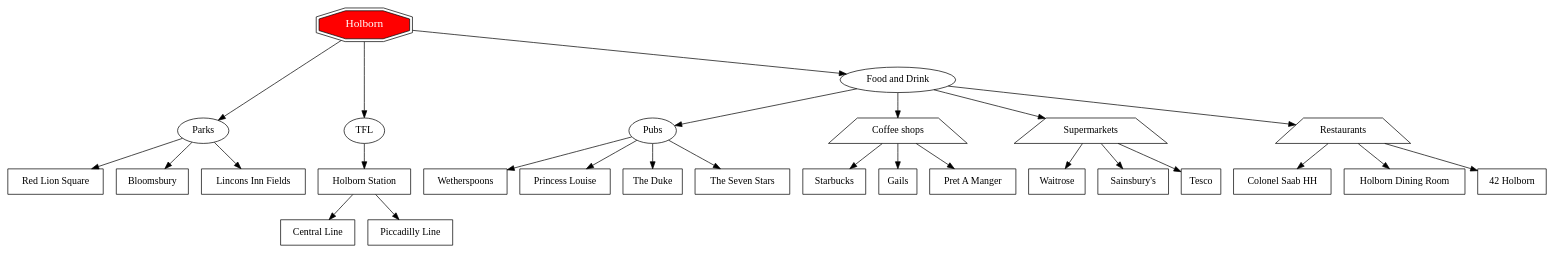
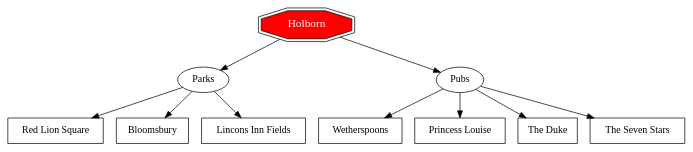
Before and after one commit to Theo1234-5/Taj-InternetFutures: the diagram in webproject/zHolborn.dot, drawn with Graphviz. The commit also changed other lines of this file and 9 other files, not shown here.

```diff
--- a/webproject/zHolborn.dot
+++ b/webproject/zHolborn.dot
@@ -1,75 +1,38 @@
 digraph Places {
 // STEP 1: Set direction
 rankdir=TB;
 // STEP 2: Force main place to top
 { rank=source; "Main Place Name"; }
 // STEP 3: Define the main place
 "Main Place Name" [
 label="Holborn"
 shape=doubleoctagon
 style=filled
 fillcolor="#ff0000"
 fontcolor="#FFFFFF"
 fontsize=16
 ]
 // STEP 4: Define categories (same level)
-{ rank=same; Parks; Pubs; TFL;}
-Parks[label="Parks", shape=oval]
-Pubs [label="Pubs", shape=oval]
-TFL [label="TFL", shape=oval]
+{ rank=same; Category1; Category2; }
+Category1 [label="Parks", shape=oval]
+Category2 [label="Pubs", shape=oval]
 
 // STEP 5: Define specific places (they auto-arrange below)
-{ rank=same; Category1; Category2; Category3; }
-Category1 [label="Coffee shops", shape=trapezium]
-
-Category2 [label="Supermarkets", shape=trapezium]
-Category3 [label="Restaurants", shape=trapezium]
-// STEP 5: Define specific places (they auto-arrange below)
-Starbucks [label="Starbucks", shape=rectangle]
-Gails [label="Gails", shape=rectangle]
-PretAManger [label="Pret A Manger", shape=rectangle]
-Waitrose [label="Waitrose", shape=rectangle]
-Sainsburys [label="Sainsbury's", shape=rectangle]
-Tesco [label="Tesco", shape=rectangle]
-ColonelSaabHH [label="Colonel Saab HH", shape=rectangle]
-HolbornDiningRoom [label="Holborn Dining Room", shape=rectangle]
-FTHolborn [label="42 Holborn", shape=rectangle]
-RedLionSquare[label="Red Lion Square", shape=rectangle]
-Wetherspons[label="Wetherspoons", shape=rectangle]
-Bloomsbury[label="Bloomsbury", shape=rectangle]
-LinconsInnFields[label="Lincons Inn Fields", shape=rectangle]
-PrincessLouise[label="Princess Louise", shape=rectangle]
-TheDuke[label="The Duke", shape=rectangle]
-TheSevenStars[label="The Seven Stars", shape=rectangle]
-HolbornStation[label="Holborn Station", shape=rectangle]
-CentralLine[label="Central Line", shape=rectangle]
-PiccadillyLine[label="Piccadilly Line", shape=rectangle]
-
+Place1 [label="Red Lion Square", shape=rectangle]
+Place2 [label="Wetherspoons", shape=rectangle]
+Place3 [label="Bloomsbury", shape=rectangle]
+Place4 [label="Lincons Inn Fields", shape=rectangle]
+Place5 [label="Princess Louise", shape=rectangle]
+Place6 [label="The Duke", shape=rectangle]
+Place7 [label="The Seven Stars", shape=rectangle]
 // STEP 6: Create connections (top to bottom)
-"Main Place Name" -> Parks
-"Food and Drink" -> Pubs
-"Main Place Name" -> TFL 
-Parks -> RedLionSquare
-Pubs -> Wetherspons
-Parks -> Bloomsbury
-Parks -> LinconsInnFields
-Pubs -> PrincessLouise
-Pubs -> TheDuke
-Pubs -> TheSevenStars
-TFL -> HolbornStation 
-HolbornStation -> CentralLine
-HolbornStation -> PiccadillyLine
-"Food and Drink" -> Category1
-"Food and Drink" -> Category2
-"Food and Drink" -> Category3
-"Main Place Name" -> "Food and Drink"
-Category1 -> Starbucks
-Category1 -> Gails
-Category1 -> PretAManger
-Category2 -> Waitrose
-Category2 -> Sainsburys
-Category2 -> Tesco
-Category3 -> ColonelSaabHH
-Category3 -> HolbornDiningRoom
-Category3 -> FTHolborn
+"Main Place Name" -> Category1
+"Main Place Name" -> Category2
+Category1 -> Place1
+Category2 -> Place2
+Category1 -> Place3
+Category1 -> Place4
+Category2 -> Place5
+Category2 -> Place6
+Category2 -> Place7
 }
```
